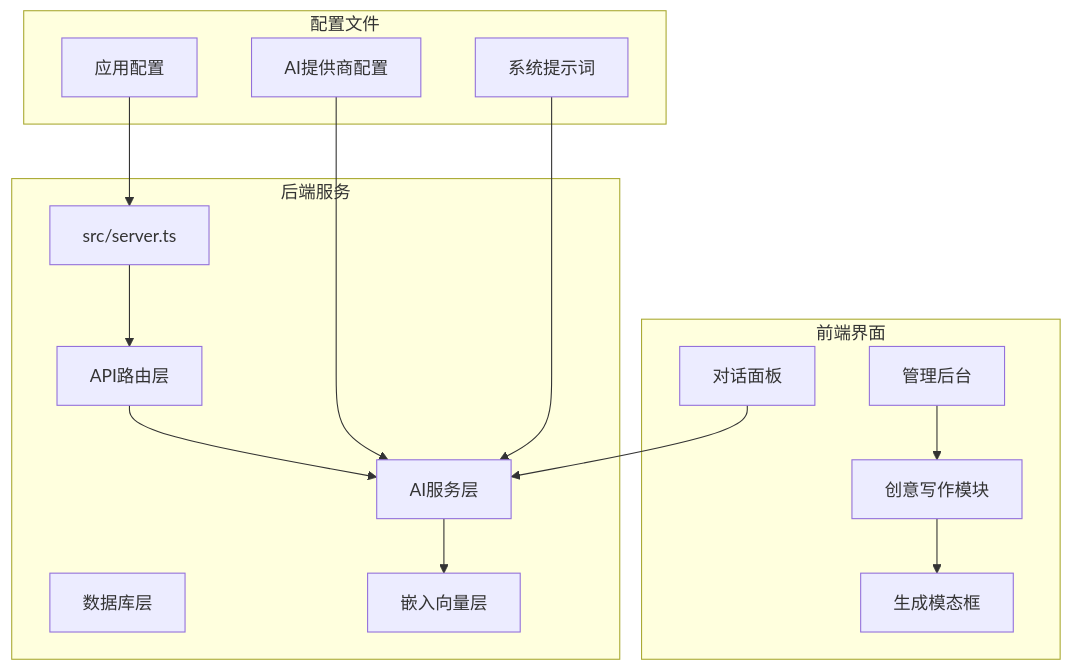
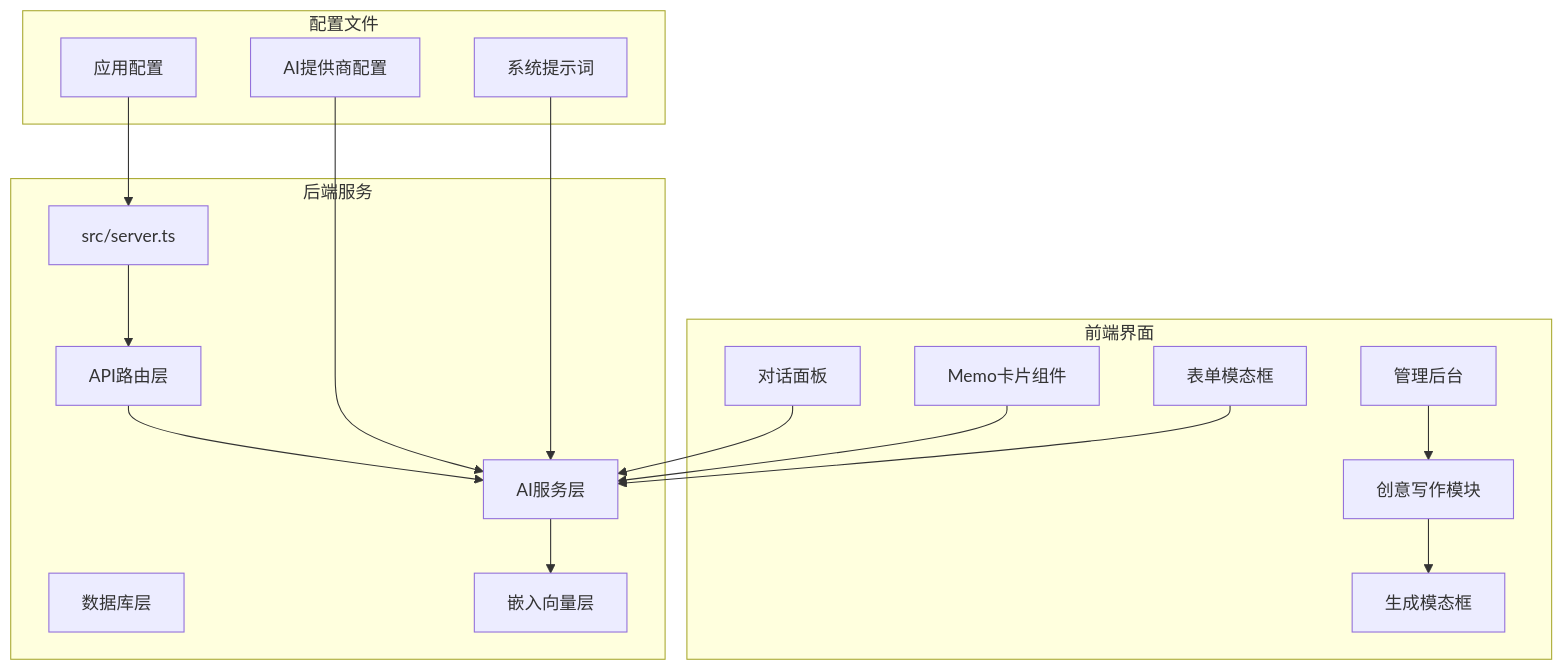
Before and after one commit to BlackBoxRecorder/memos: the first of 9 diagrams in .qoder/repowiki/zh/content/核心功能/AI写作工具箱设计规格.md, drawn with Mermaid. The commit also changed other lines of this file and 12 other files, not shown here.

````diff
--- a/.qoder/repowiki/zh/content/核心功能/AI写作工具箱设计规格.md
+++ b/.qoder/repowiki/zh/content/核心功能/AI写作工具箱设计规格.md
@@ -49,30 +61,34 @@
 ```mermaid
 graph TB
 subgraph "后端服务"
 Server[src/server.ts]
 API[API路由层]
 AI[AI服务层]
 DB[数据库层]
 Embeddings[嵌入向量层]
 end
 subgraph "前端界面"
 Admin[管理后台]
 Creative[创意写作模块]
 Chat[对话面板]
 Generate[生成模态框]
+MemoCard[Memo卡片组件]
+FormModal[表单模态框]
 end
 subgraph "配置文件"
 AppConfig[应用配置]
 AIConfig[AI提供商配置]
 Prompts[系统提示词]
 end
 Server --> API
 API --> AI
 AI --> Embeddings
 Admin --> Creative
 Creative --> Generate
 Chat --> AI
+MemoCard --> AI
+FormModal --> AI
 AppConfig --> Server
 AIConfig --> AI
 Prompts --> AI
 ```
````
